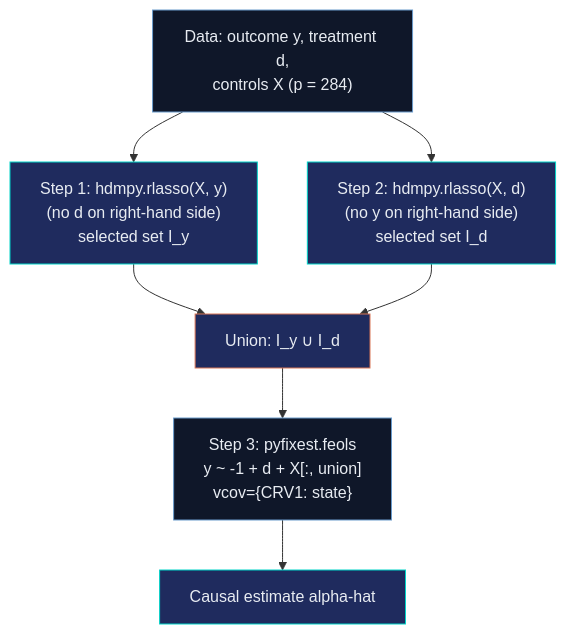
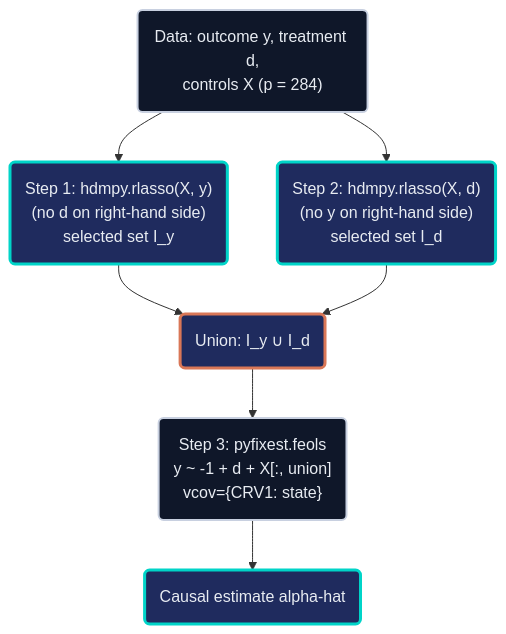
One commit to cmg777/starter-academic-v501 changed the first of 2 diagrams in content/post/python_double_lasso/index.md. Above: the diagram before and after it, drawn with Mermaid. The commit also changed other lines of this file and 16 other files, not shown here.

First line of the commit message:
content(mermaid): restyle flowcharts in Python posts, batch 1 of 2

````diff
--- a/content/post/python_double_lasso/index.md
+++ b/content/post/python_double_lasso/index.md
@@ -309,15 +309,15 @@
 ```mermaid
 flowchart TD
-    A["Data: outcome y, treatment d,<br/>controls X (p = 284)"] --> B["Step 1: hdmpy.rlasso(X, y)<br/>(no d on right-hand side)<br/>selected set I_y"]
-    A --> C["Step 2: hdmpy.rlasso(X, d)<br/>(no y on right-hand side)<br/>selected set I_d"]
-    B --> D["Union: I_y &cup; I_d"]
+    A("Data: outcome y, treatment d,<br/>controls X (p = 284)") --> B("Step 1: hdmpy.rlasso(X, y)<br/>(no d on right-hand side)<br/>selected set I_y")
+    A --> C("Step 2: hdmpy.rlasso(X, d)<br/>(no y on right-hand side)<br/>selected set I_d")
+    B --> D("Union: I_y &cup; I_d")
     C --> D
-    D --> E["Step 3: pyfixest.feols<br/>y ~ -1 + d + X[:, union]<br/>vcov={CRV1: state}"]
-    E --> F["Causal estimate alpha-hat"]
-    style A fill:#0f1729,stroke:#6a9bcc,color:#e8ecf2
-    style B fill:#1f2b5e,stroke:#00d4c8,color:#e8ecf2
-    style C fill:#1f2b5e,stroke:#00d4c8,color:#e8ecf2
-    style D fill:#1f2b5e,stroke:#d97757,color:#e8ecf2
-    style E fill:#0f1729,stroke:#6a9bcc,color:#e8ecf2
-    style F fill:#1f2b5e,stroke:#00d4c8,color:#e8ecf2
+    D --> E("Step 3: pyfixest.feols<br/>y ~ -1 + d + X[:, union]<br/>vcov={CRV1: state}")
+    E --> F("Causal estimate alpha-hat")
+    classDef anchor fill:#0f1729,stroke:#c8d0e0,stroke-width:2px,color:#e8ecf2
+    classDef teal fill:#1f2b5e,stroke:#00d4c8,stroke-width:3px,color:#e8ecf2
+    classDef orange fill:#1f2b5e,stroke:#d97757,stroke-width:3px,color:#e8ecf2
+    class A,E anchor
+    class B,C,F teal
+    class D orange
 ```
````
